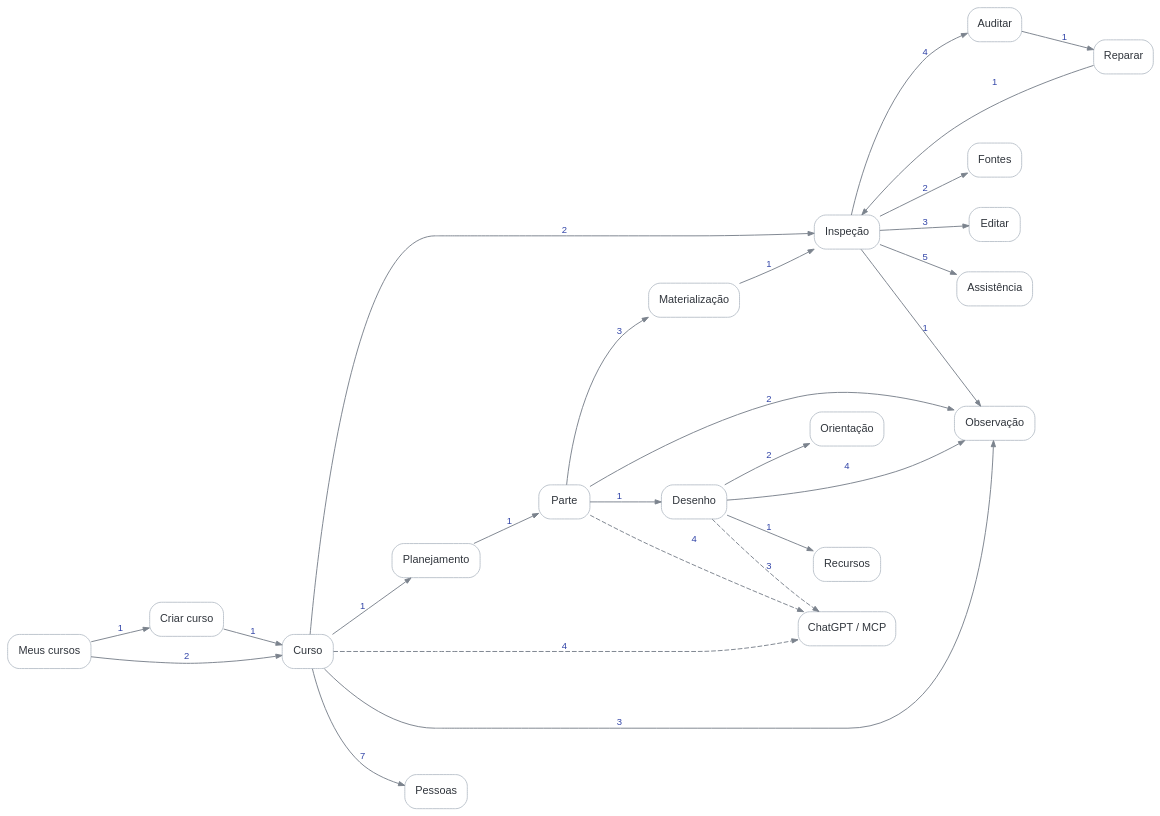
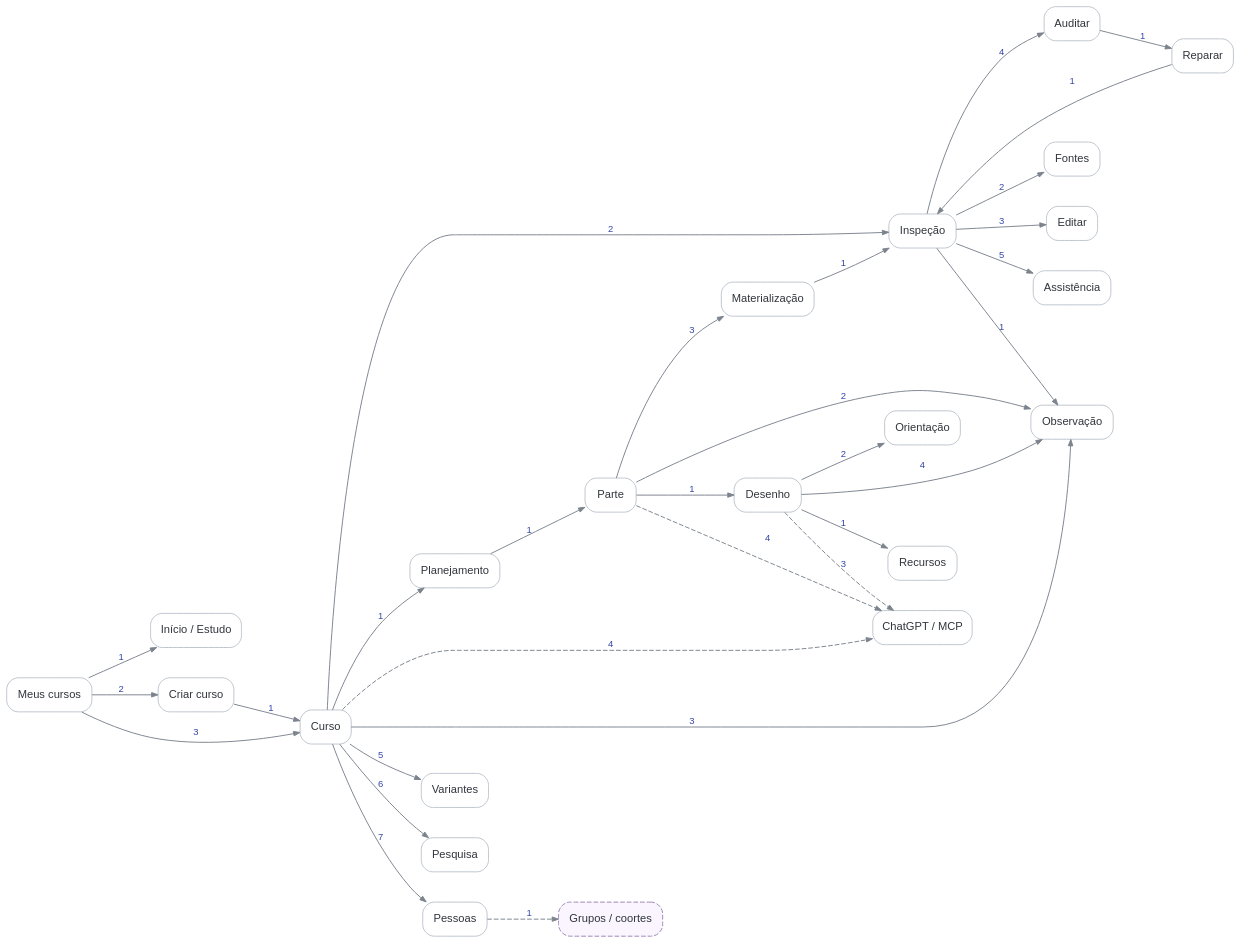
Before and after one commit to fabio-ara/AraLearn: the diagram in ux-atlas/graphs/authoring.dot, drawn with Graphviz. The commit also changed 29 other files, not shown here.

```diff
--- a/ux-atlas/graphs/authoring.dot
+++ b/ux-atlas/graphs/authoring.dot
@@ -1,50 +1,58 @@
 digraph G {
-  graph [bgcolor="transparent", rankdir=LR, pad="0.2", nodesep="0.44", ranksep="0.78", splines="spline"];
-  node [shape=box, style="rounded,filled", fillcolor="#ffffff", color="#bcc3cc", fontcolor="#30353c", fontname="Arial", fontsize=11.5, margin="0.14,0.085"];
-  edge [color="#7b838d", fontcolor="#3346a8", fontname="Arial", fontsize=10, arrowsize=0.65];
+  graph [bgcolor="transparent", rankdir=LR, pad="0.23", nodesep="0.44", ranksep="0.78", splines="spline"];
+  node [shape=box, style="rounded,filled", fillcolor="#ffffff", color="#bcc3cc", fontcolor="#30353c", fontname="Arial", fontsize=11.8, margin="0.15,0.09"];
+  edge [color="#7b838d", fontcolor="#3346a8", fontname="Arial", fontsize=10, arrowsize=0.67];
 
+  study_home [label="Início / Estudo"];
   author_courses [label="Meus cursos"];
   author_create [label="Criar curso"];
   author_course [label="Curso"];
   author_plan [label="Planejamento"];
   author_part [label="Parte"];
   design [label="Desenho"];
   resource_policy [label="Recursos"];
   guidance [label="Orientação"];
   materialization [label="Materialização"];
   inspection [label="Inspeção"];
   author_observation [label="Observação"];
   author_sources [label="Fontes"];
   author_edit [label="Editar"];
   author_assist [label="Assistência"];
   audit [label="Auditar"];
   correction [label="Reparar"];
   mcp_handoff [label="ChatGPT / MCP"];
+  variants [label="Variantes"];
+  analytics [label="Pesquisa"];
   people [label="Pessoas"];
+  future_groups [label="Grupos / coortes", style="rounded,dashed,filled", fillcolor="#faf5ff", color="#9b84b7", class="future"];
 
-  author_courses -> author_create [label="1"];
-  author_courses -> author_course [label="2"];
+  author_courses -> study_home [label="1"];
+  author_courses -> author_create [label="2"];
+  author_courses -> author_course [label="3"];
   author_create -> author_course [label="1"];
   author_course -> author_plan [label="1"];
   author_course -> inspection [label="2"];
   author_course -> author_observation [label="3"];
   author_course -> mcp_handoff [label="4", style=dashed, class="external"];
+  author_course -> variants [label="5"];
+  author_course -> analytics [label="6"];
   author_course -> people [label="7"];
   author_plan -> author_part [label="1"];
   author_part -> design [label="1"];
   author_part -> author_observation [label="2"];
   author_part -> materialization [label="3"];
   author_part -> mcp_handoff [label="4", style=dashed, class="external"];
   design -> resource_policy [label="1"];
   design -> guidance [label="2"];
   design -> mcp_handoff [label="3", style=dashed, class="external"];
   design -> author_observation [label="4"];
   materialization -> inspection [label="1"];
   inspection -> author_observation [label="1"];
   inspection -> author_sources [label="2"];
   inspection -> author_edit [label="3"];
   inspection -> audit [label="4"];
   inspection -> author_assist [label="5"];
   audit -> correction [label="1"];
   correction -> inspection [label="1"];
+  people -> future_groups [label="1", style=dashed, class="future"];
 }
```
